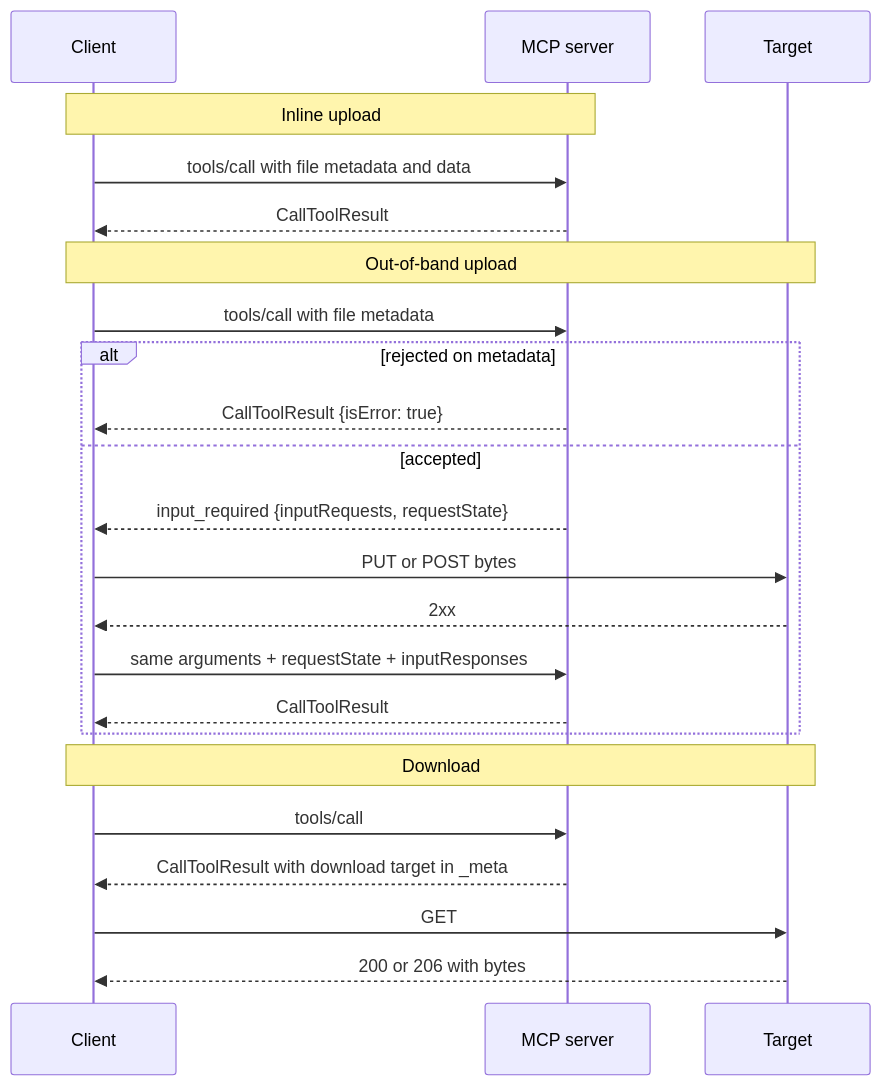
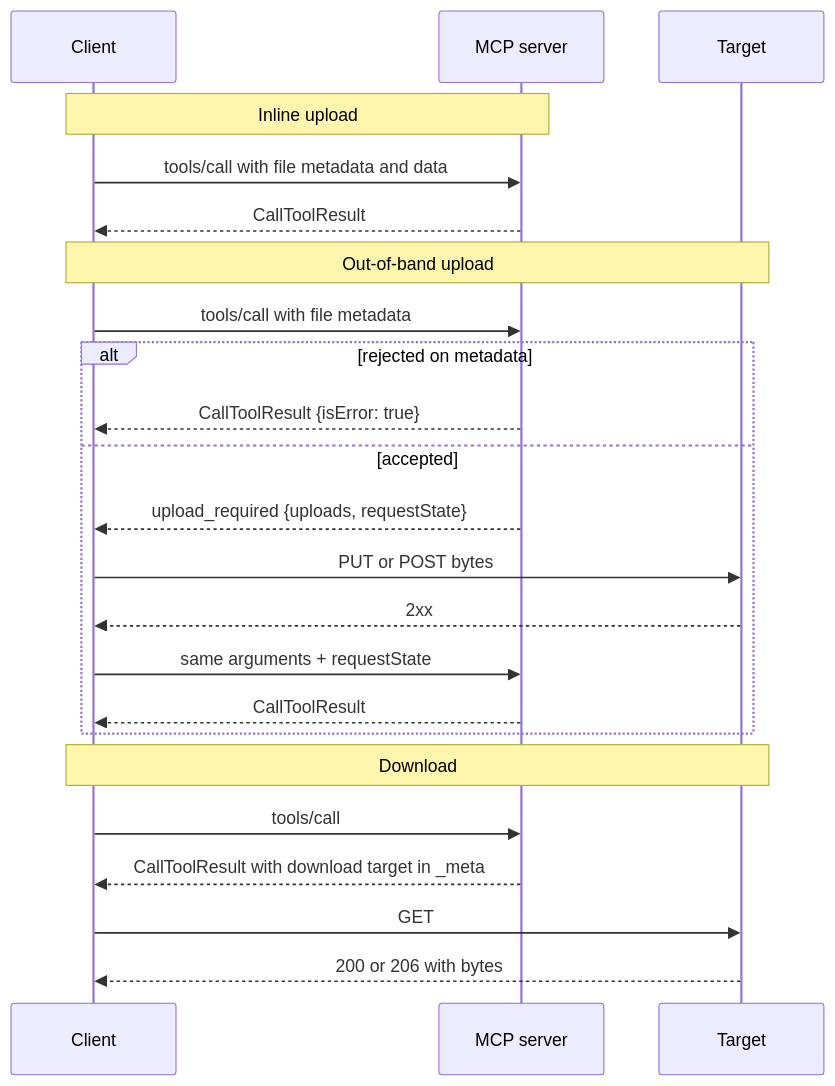
One commit to modelcontextprotocol/experimental-ext-file-uploads changed the diagram in specification/draft/file-uploads.md. Above: the diagram before and after it, drawn with Mermaid. The commit also changed other lines of this file, not shown here.

Commit message:
Use an extension result type for uploads and apply readiness fixes

````diff
--- a/specification/draft/file-uploads.md
+++ b/specification/draft/file-uploads.md
@@ -105,28 +111,28 @@
 ```mermaid
 sequenceDiagram
     participant C as Client
     participant S as MCP server
     participant T as Target
 
     Note over C,S: Inline upload
     C->>S: tools/call with file metadata and data
     S-->>C: CallToolResult
 
     Note over C,T: Out-of-band upload
     C->>S: tools/call with file metadata
     alt rejected on metadata
         S-->>C: CallToolResult {isError: true}
     else accepted
-        S-->>C: input_required {inputRequests, requestState}
+        S-->>C: upload_required {uploads, requestState}
         C->>T: PUT or POST bytes
         T-->>C: 2xx
-        C->>S: same arguments + requestState + inputResponses
+        C->>S: same arguments + requestState
         S-->>C: CallToolResult
     end
 
     Note over C,T: Download
     C->>S: tools/call
     S-->>C: CallToolResult with download target in _meta
     C->>T: GET
     T-->>C: 200 or 206 with bytes
 ```
````
